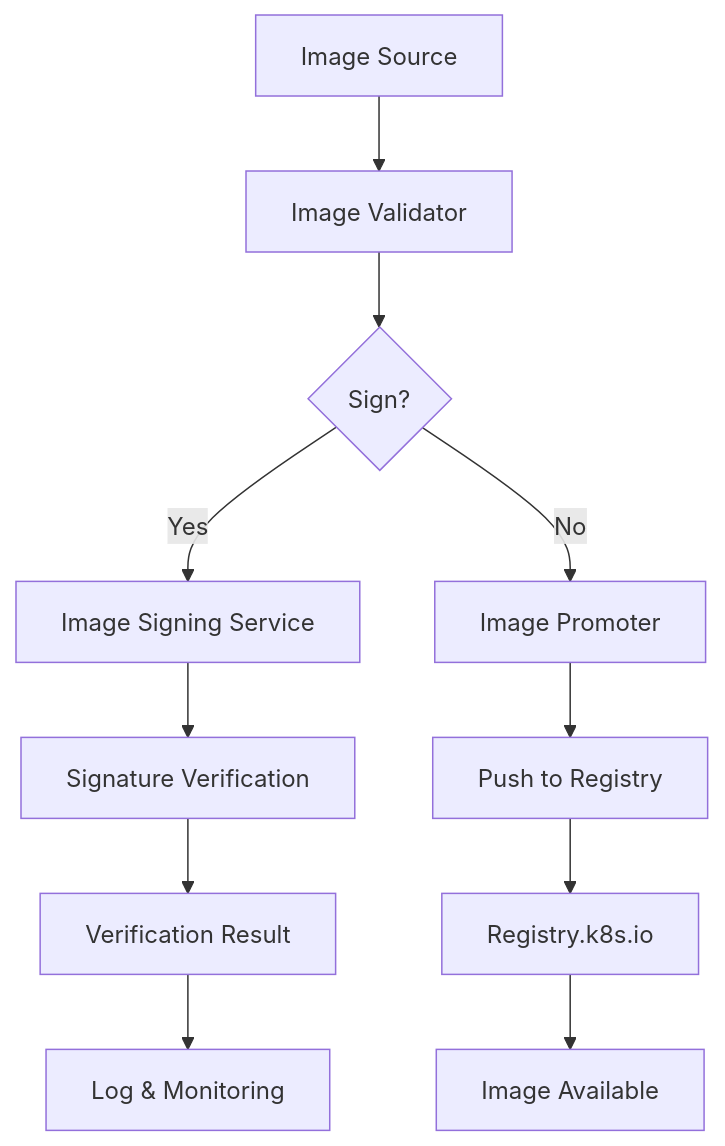
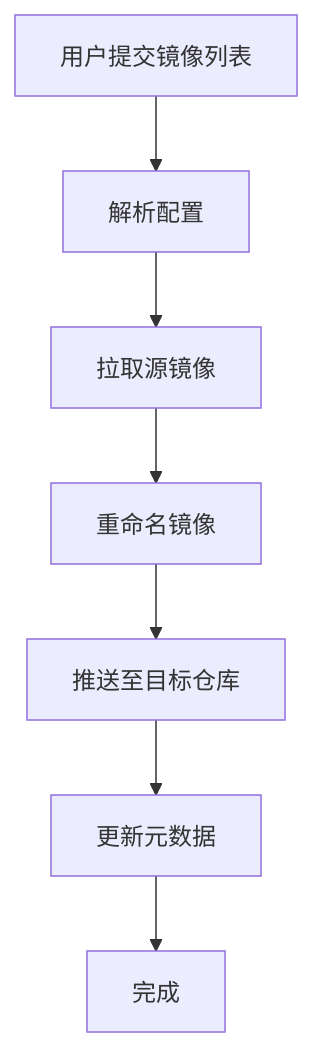
Before and after one commit to ape902/laoguo.github.io: the diagram in content/posts/2026-03-17-the-invisible-rewrite-modernizing-the-kubernetes-image-promoter.md, drawn with Mermaid. The commit also changed other lines of this file, not shown here.

Commit message:
发布新文章：2026-03-17-the-invisible-rewrite-modernizing-the-kubernetes-image-promoter.md

````diff
--- a/content/posts/2026-03-17-the-invisible-rewrite-modernizing-the-kubernetes-image-promoter.md
+++ b/content/posts/2026-03-17-the-invisible-rewrite-modernizing-the-kubernetes-image-promoter.md
@@ -184,13 +51,9 @@
 ```mermaid
 graph TD
-    A[Image Source] --> B[Image Validator]
-    B --> C{Sign?}
-    C -->|Yes| D[Image Signing Service]
-    C -->|No| E[Image Promoter]
-    D --> F[Signature Verification]
-    E --> G[Push to Registry]
-    F --> H[Verification Result]
-    G --> I[Registry.k8s.io]
-    H --> J[Log & Monitoring]
-    I --> K[Image Available]
+    A[用户提交镜像列表] --> B[解析配置]
+    B --> C[拉取源镜像]
+    C --> D[重命名镜像]
+    D --> E[推送至目标仓库]
+    E --> F[更新元数据]
+    F --> G[完成]
 ```
````
